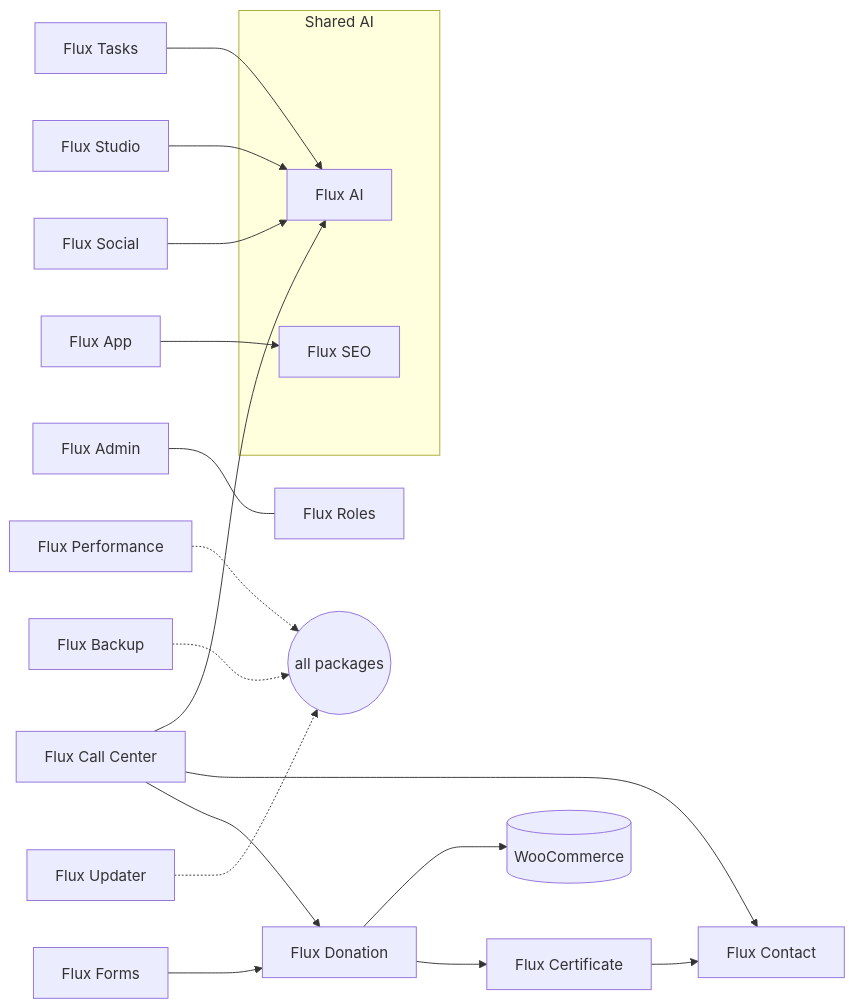
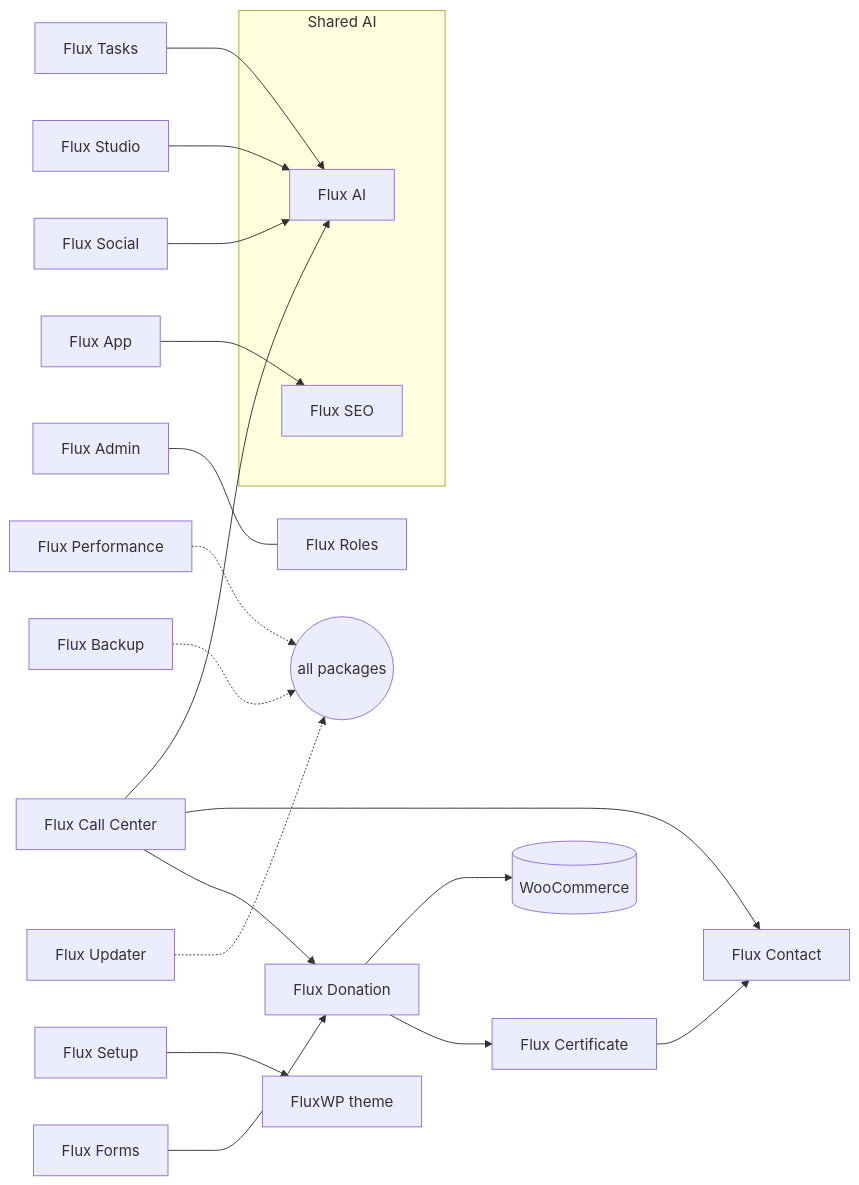
Before and after one commit to FluxWP/FluxWP: the diagram in README.md, drawn with Mermaid. The commit also changed other lines of this file and 3 other files, not shown here.

````diff
--- a/README.md
+++ b/README.md
@@ -114,22 +107,23 @@
 ```mermaid
 flowchart LR
   subgraph Shared AI
     AI["Flux AI"]
     MCP["Flux SEO"]
   end
   BAG["Flux Donation"] --> CERT["Flux Certificate"]
   FORM["Flux Forms"] --> BAG
   BAG --> WOO[("WooCommerce")]
   CC["Flux Call Center"] --> BAG
   CC --> COM["Flux Contact"]
   CERT --> COM
   SOC["Flux Social"] --> AI
   STU["Flux Studio"] --> AI
   CC --> AI
   TASK["Flux Tasks"] --> AI
   ADM["Flux Admin"] --- ROL["Flux Roles"]
   APP["Flux App"] --> MCP
   UPD["Flux Updater"] -.-> ALL(("all packages"))
   BAK["Flux Backup"] -.-> ALL
   PERF["Flux Performance"] -.-> ALL
+  SET["Flux Setup"] --> THEME["FluxWP theme"]
 ```
````
